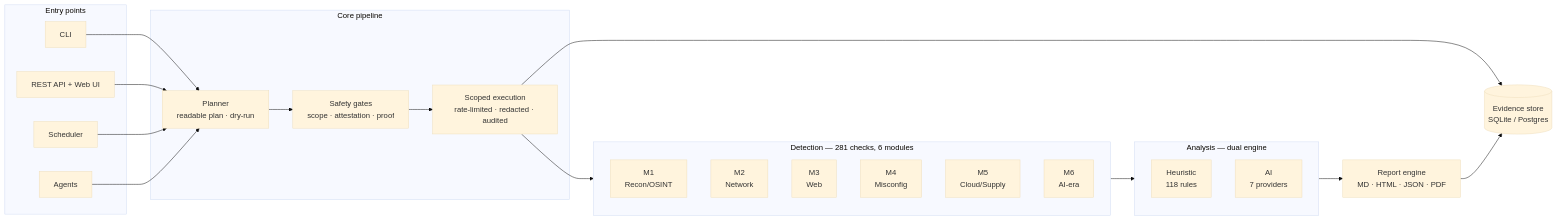
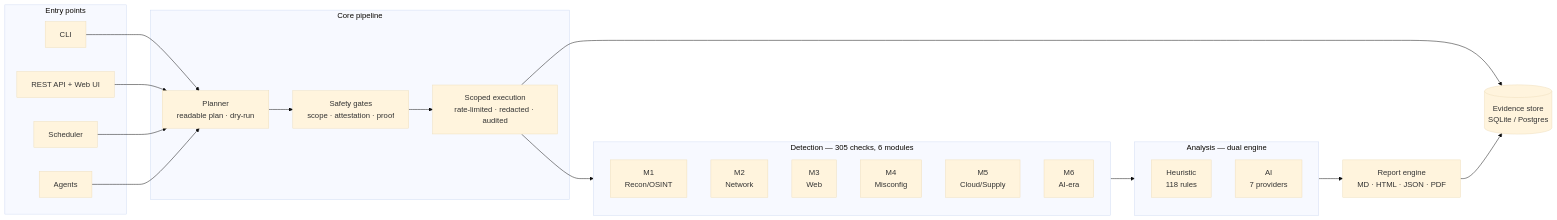
The first of 2 diagrams in README.md (0xFE1C/ARACHNE), drawn with Mermaid (base theme) before and after one commit. The commit also changed other lines of this file and 21 other files, not shown here.

````diff
--- a/README.md
+++ b/README.md
@@ -60,40 +60,40 @@
 ```mermaid
 flowchart LR
     subgraph entry["Entry points"]
         CLI["CLI"]
         API["REST API + Web UI"]
         SCH["Scheduler"]
         AGT["Agents"]
     end
     subgraph pipeline["Core pipeline"]
         PLAN["Planner<br/>readable plan · dry-run"]
         GATES["Safety gates<br/>scope · attestation · proof"]
         RUN["Scoped execution<br/>rate-limited · redacted · audited"]
     end
-    subgraph modules["Detection — 281 checks, 6 modules"]
+    subgraph modules["Detection — 305 checks, 6 modules"]
         M1["M1<br/>Recon/OSINT"]
         M2["M2<br/>Network"]
         M3["M3<br/>Web"]
         M4["M4<br/>Misconfig"]
         M5["M5<br/>Cloud/Supply"]
         M6["M6<br/>AI-era"]
     end
     subgraph engines["Analysis — dual engine"]
         HEUR["Heuristic<br/>118 rules"]
         AIE["AI<br/>7 providers"]
     end
     REP["Report engine<br/>MD · HTML · JSON · PDF"]
     DB[("Evidence store<br/>SQLite / Postgres")]
 
     CLI --> PLAN
     API --> PLAN
     SCH --> PLAN
     AGT --> PLAN
     PLAN --> GATES
     GATES --> RUN
     RUN --> modules
     modules --> engines
     engines --> REP
     RUN --> DB
     REP --> DB
 ```
````
